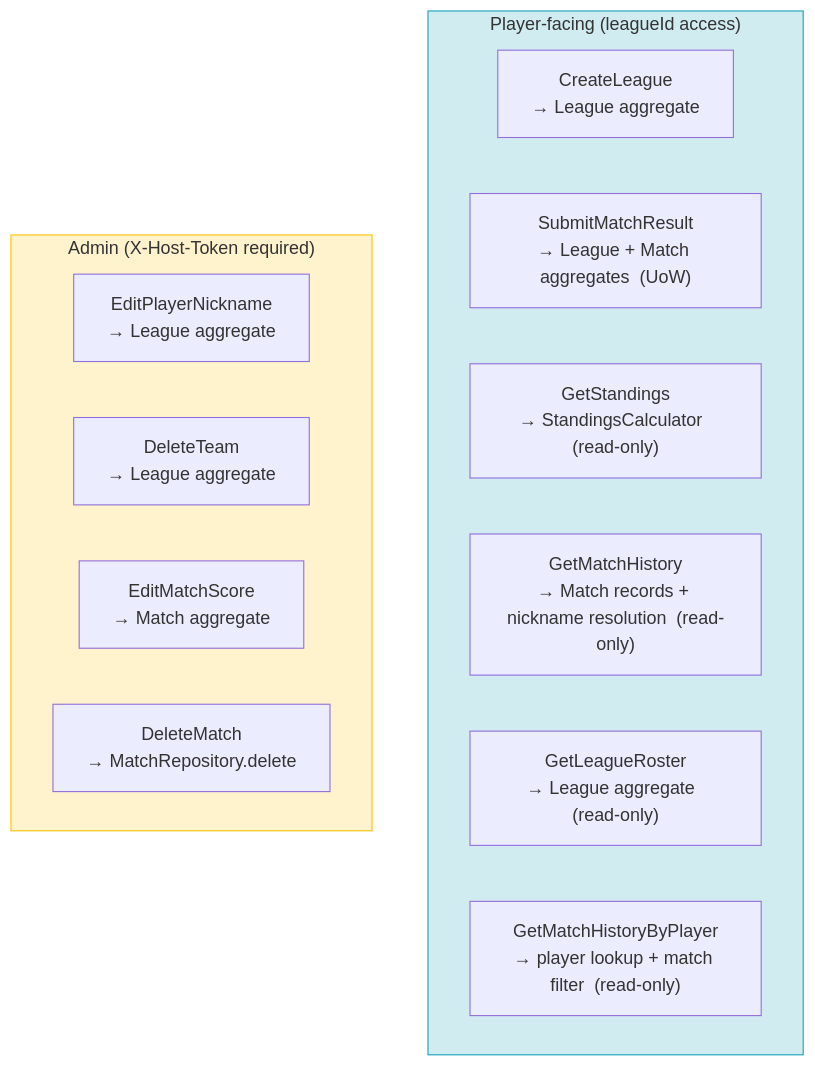
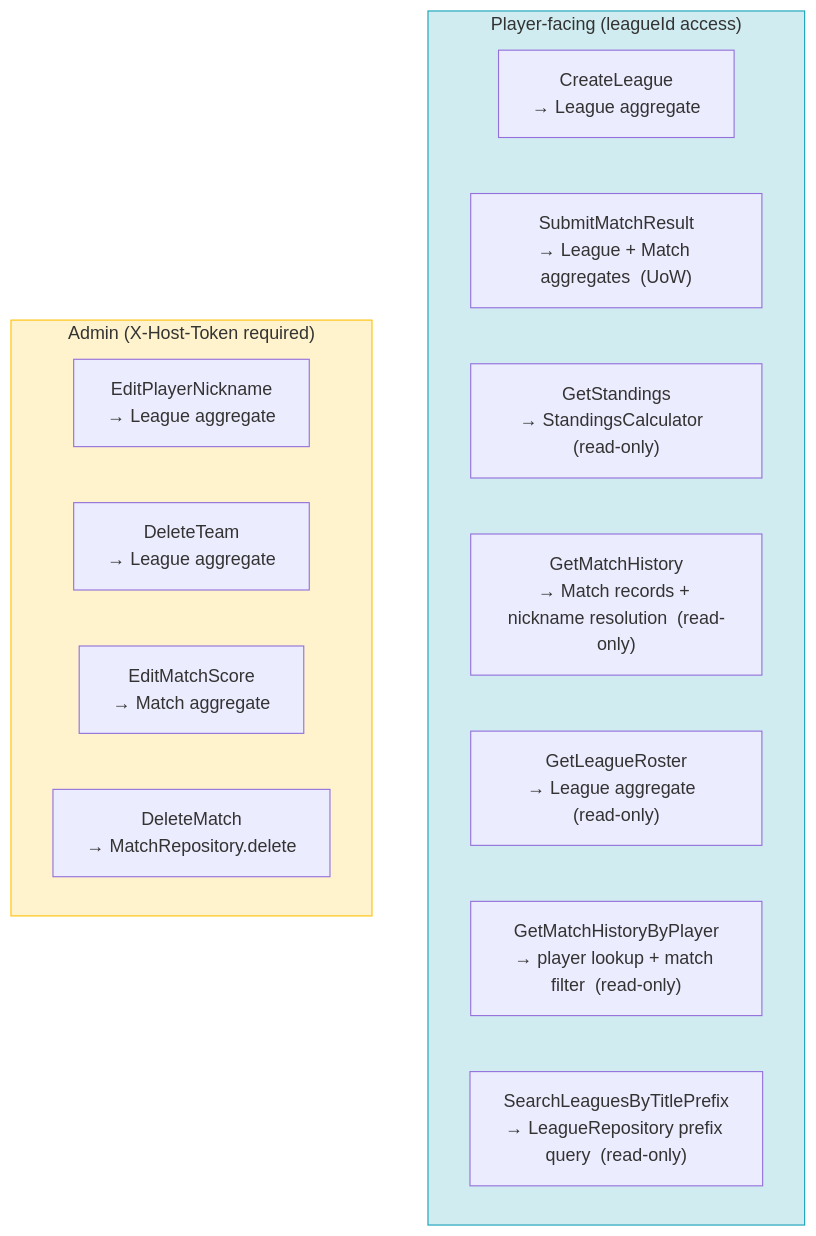
Before and after one commit to swjeong0825/TLMB_backend_main: the diagram in Design_Doc/TLMB_Design_doc/09_application_use_cases.md, drawn with Mermaid. The commit also changed other lines of this file and 15 other files, not shown here.

Commit message:
league search by title

````diff
--- a/Design_Doc/TLMB_Design_doc/09_application_use_cases.md
+++ b/Design_Doc/TLMB_Design_doc/09_application_use_cases.md
@@ -5,20 +5,21 @@
 ```mermaid
 flowchart TD
     subgraph PLAYER ["Player-facing  (leagueId access)"]
         CL["CreateLeague\n→ League aggregate"]
         SMR["SubmitMatchResult\n→ League + Match aggregates  (UoW)"]
         GS["GetStandings\n→ StandingsCalculator  (read-only)"]
         GMH["GetMatchHistory\n→ Match records + nickname resolution  (read-only)"]
         GLR["GetLeagueRoster\n→ League aggregate  (read-only)"]
         GMBP["GetMatchHistoryByPlayer\n→ player lookup + match filter  (read-only)"]
+        SLP["SearchLeaguesByTitlePrefix\n→ LeagueRepository prefix query  (read-only)"]
     end
     subgraph ADMIN ["Admin  (X-Host-Token required)"]
         EPN["EditPlayerNickname\n→ League aggregate"]
         DT["DeleteTeam\n→ League aggregate"]
         EMS["EditMatchScore\n→ Match aggregate"]
         DM["DeleteMatch\n→ MatchRepository.delete"]
     end
 
     style PLAYER fill:#d1ecf1,stroke:#17a2b8
     style ADMIN fill:#fff3cd,stroke:#ffc107
 ```
````
